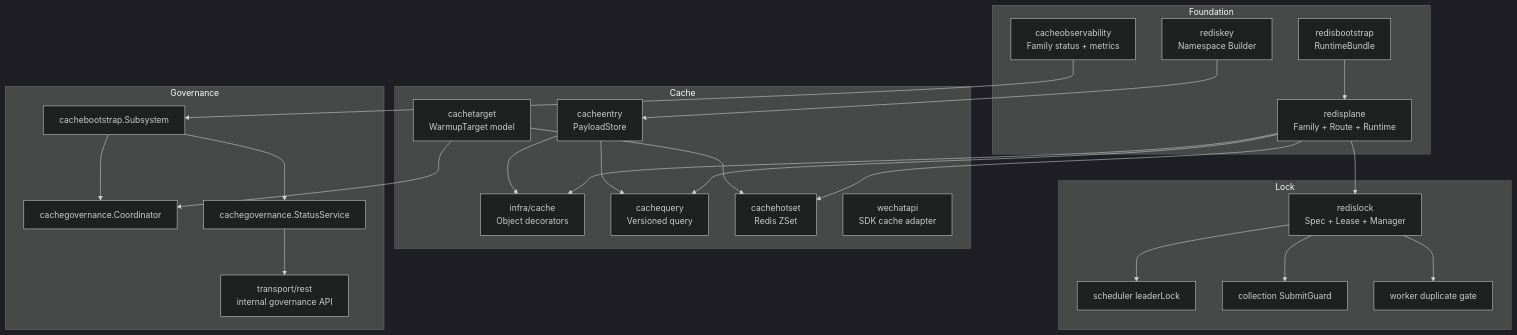
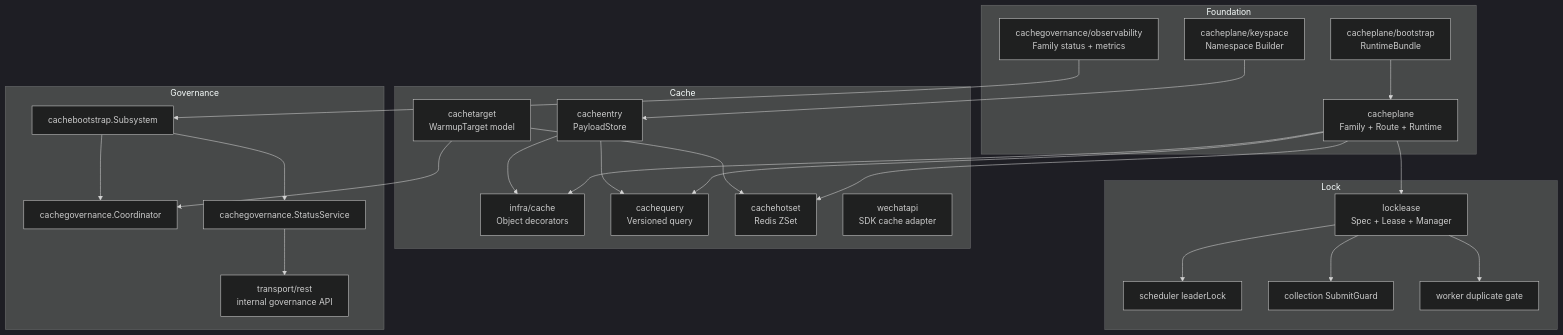
One commit to FangcunMount/qs-server changed the first of 3 diagrams in docs/03-基础设施/redis/00-整体架构.md. Above: the diagram before and after it, drawn with Mermaid (dark theme). The commit also changed other lines of this file and 34 other files, not shown here.

````diff
--- a/docs/03-基础设施/redis/00-整体架构.md
+++ b/docs/03-基础设施/redis/00-整体架构.md
@@ -16,50 +16,50 @@
 ```mermaid
 flowchart TB
     subgraph F["Foundation"]
-        Plane["redisplane\nFamily + Route + Runtime"]
-        Bootstrap["redisbootstrap\nRuntimeBundle"]
-        Key["rediskey\nNamespace Builder"]
-        Obs["cacheobservability\nFamily status + metrics"]
+        Plane["cacheplane\nFamily + Route + Runtime"]
+        Bootstrap["cacheplane/bootstrap\nRuntimeBundle"]
+        Key["cacheplane/keyspace\nNamespace Builder"]
+        Obs["cachegovernance/observability\nFamily status + metrics"]
     end
 
     subgraph C["Cache"]
         Entry["cacheentry\nPayloadStore"]
         Object["infra/cache\nObject decorators"]
         Query["cachequery\nVersioned query"]
         Hotset["cachehotset\nRedis ZSet"]
         Target["cachetarget\nWarmupTarget model"]
         SDK["wechatapi\nSDK cache adapter"]
     end
 
     subgraph L["Lock"]
-        Lock["redislock\nSpec + Lease + Manager"]
+        Lock["locklease\nSpec + Lease + Manager"]
         Leader["scheduler leaderLock"]
         Submit["collection SubmitGuard"]
         Worker["worker duplicate gate"]
     end
 
     subgraph G["Governance"]
         Subsystem["cachebootstrap.Subsystem"]
         Coordinator["cachegovernance.Coordinator"]
         Status["cachegovernance.StatusService"]
         REST["transport/rest\ninternal governance API"]
     end
 
     Bootstrap --> Plane
     Plane --> Object
     Plane --> Query
     Plane --> Hotset
     Plane --> Lock
     Key --> Entry
     Obs --> Subsystem
     Entry --> Object
     Entry --> Query
     Target --> Hotset
     Target --> Coordinator
     Subsystem --> Coordinator
     Subsystem --> Status
     Status --> REST
     Lock --> Leader
     Lock --> Submit
     Lock --> Worker
 ```
````
